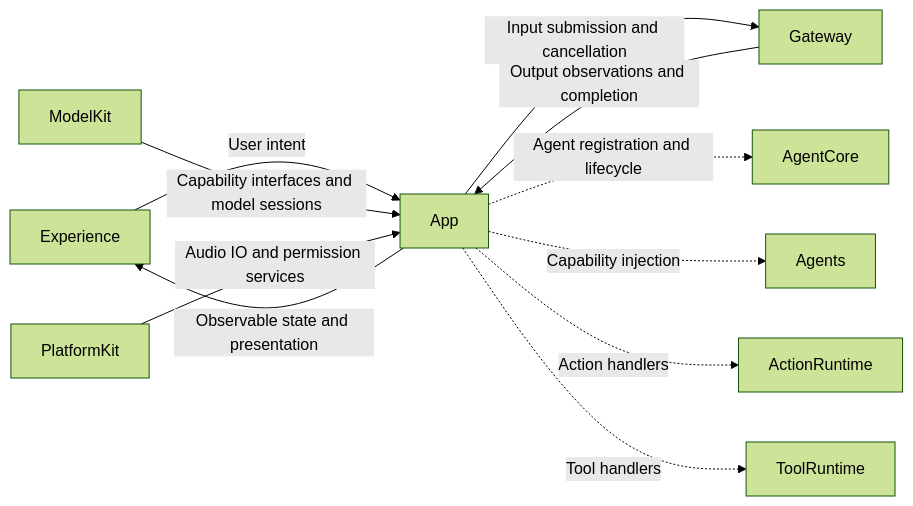
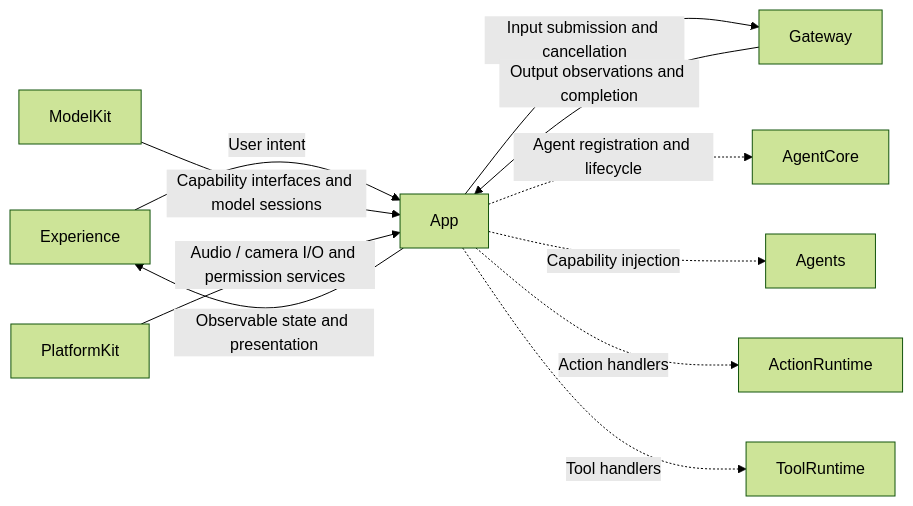
One commit to devilyouwei/MobileHarness changed the first of 3 diagrams in MobileHarness/App/README.md. Above: the diagram before and after it, drawn with Mermaid (forest theme). The commit also changed other lines of this file and 76 other files, not shown here.

````diff
--- a/MobileHarness/App/README.md
+++ b/MobileHarness/App/README.md
@@ -16,13 +16,13 @@
 ```mermaid
 flowchart LR
     Experience -->|User intent| App
     App -->|Observable state and presentation| Experience
     App -->|Input submission and cancellation| Gateway
     Gateway -->|Output observations and completion| App
     App -.->|Agent registration and lifecycle| AgentCore
     App -.->|Capability injection| Agents
     App -.->|Action handlers| ActionRuntime
     App -.->|Tool handlers| ToolRuntime
     ModelKit -->|Capability interfaces and model sessions| App
-    PlatformKit -->|Audio IO and permission services| App
+    PlatformKit -->|Audio / camera I/O and permission services| App
 ```
````
